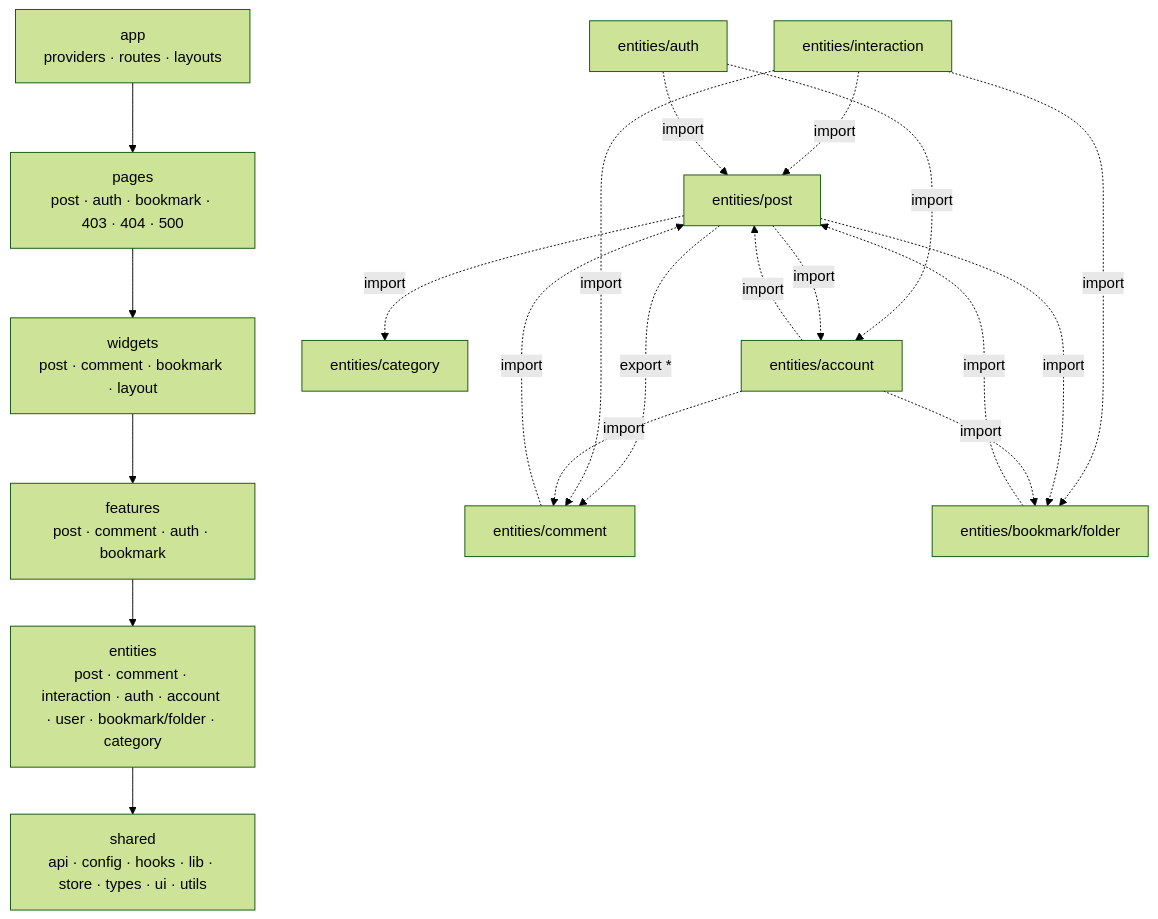
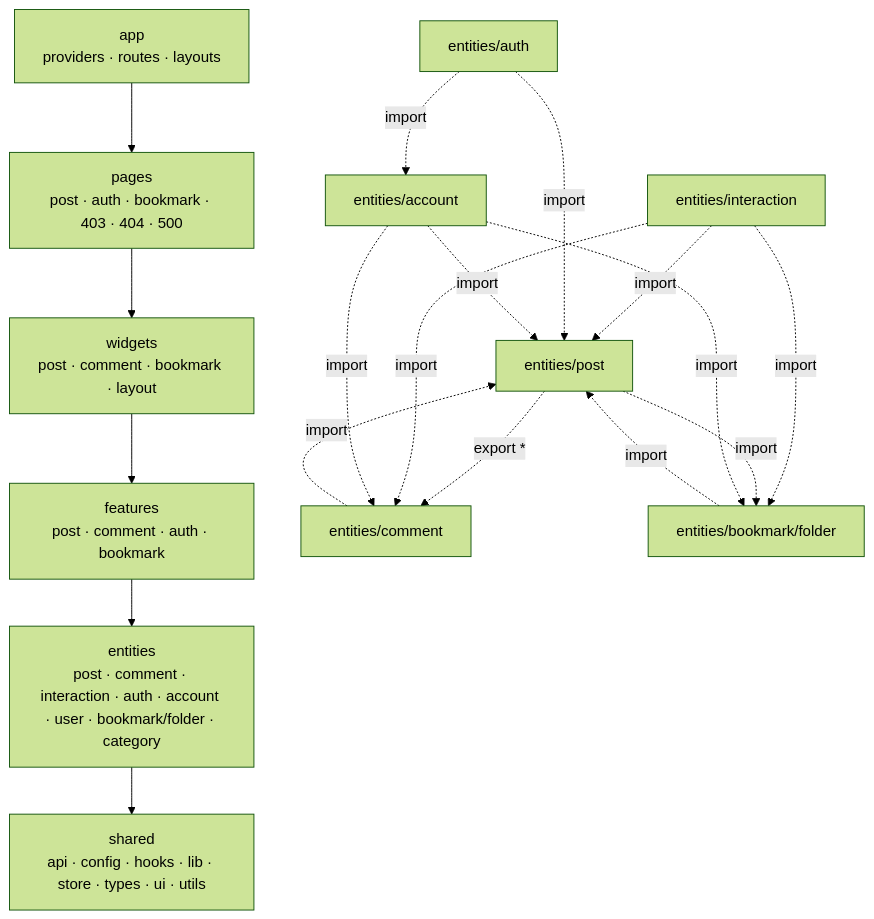
The first of 2 diagrams in docs/FE-ARCHITECTURE.md (BAECHAN/link-sphere_FE_NEW), drawn with Mermaid (forest theme) before and after one commit. The commit also changed other lines of this file and 26 other files, not shown here.

First line of the commit message:
docs(fe): AUTH·FE-ARCHITECTURE·CLAUDE.md 등 22개 문서 코드 동기화 (#251)

````diff
--- a/docs/FE-ARCHITECTURE.md
+++ b/docs/FE-ARCHITECTURE.md
@@ -58,23 +58,21 @@
 ```mermaid
 flowchart TD
   App["app<br/>providers · routes · layouts"] --> Pages["pages<br/>post · auth · bookmark · 403 · 404 · 500"]
   Pages --> Widgets["widgets<br/>post · comment · bookmark · layout"]
   Widgets --> Features["features<br/>post · comment · auth · bookmark"]
   Features --> Entities["entities<br/>post · comment · interaction · auth · account · user · bookmark/folder · category"]
   Entities --> Shared["shared<br/>api · config · hooks · lib · store · types · ui · utils"]
 
   EPost["entities/post"] -.export *.-> EComment["entities/comment"]
   EFolder["entities/bookmark/folder"] -.import.-> EPost
   EComment -.import.-> EPost
   EInteraction["entities/interaction"] -.import.-> EPost
   EInteraction -.import.-> EFolder
   EInteraction -.import.-> EComment
   EPost -.import.-> EFolder
-  EPost -.import.-> ECategory["entities/category"]
   EAuth["entities/auth"] -.import.-> EPost
   EAuth -.import.-> EAccount["entities/account"]
   EAccount -.import.-> EPost
   EAccount -.import.-> EComment
   EAccount -.import.-> EFolder
-  EPost -.import.-> EAccount
 ```
````
